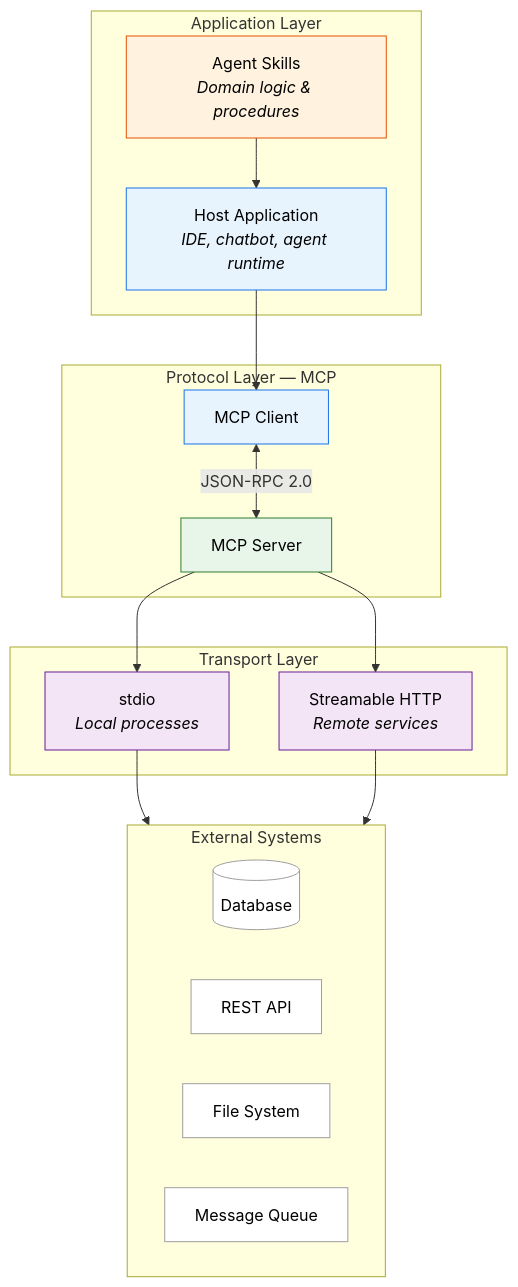
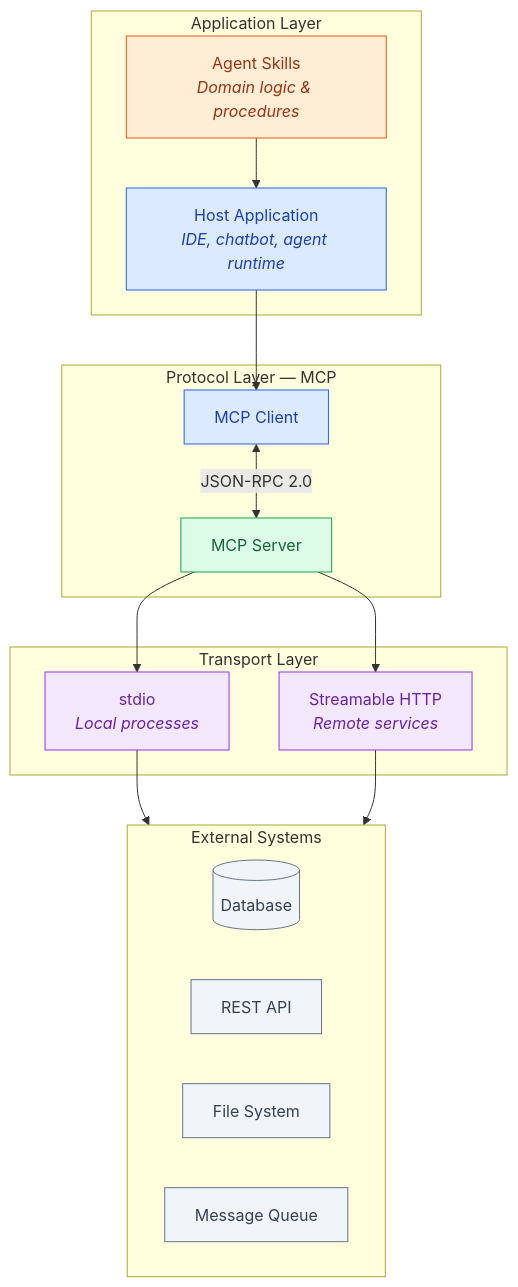
The first of 6 diagrams in hugo-site/content/blog/2026/01/3.mcp-deep-dive.md (raj-champion-trader/rajchampaneriya.github.io), drawn with Mermaid before and after one commit. The commit also changed other lines of this file and 5 other files, not shown here.

First line of the commit message:
Enhance Mermaid Diagrams with Semantic Color Classes and Dark Mode Support

````diff
--- a/hugo-site/content/blog/2026/01/3.mcp-deep-dive.md
+++ b/hugo-site/content/blog/2026/01/3.mcp-deep-dive.md
@@ -23,43 +23,38 @@
 ```mermaid
 graph TB
+    classDef primary fill:#dbeafe,stroke:#2563eb,color:#1e40af
+    classDef secondary fill:#dcfce7,stroke:#16a34a,color:#166534
+    classDef accent fill:#ffedd5,stroke:#ea580c,color:#9a3412
+    classDef highlight fill:#f3e8ff,stroke:#9333ea,color:#6b21a8
+    classDef neutral fill:#f1f5f9,stroke:#64748b,color:#334155
+
     subgraph Application["Application Layer"]
-        Skills["Agent Skills<br/><i>Domain logic & procedures</i>"]
-        Host["Host Application<br/><i>IDE, chatbot, agent runtime</i>"]
+        Skills["Agent Skills<br/><i>Domain logic & procedures</i>"]:::accent
+        Host["Host Application<br/><i>IDE, chatbot, agent runtime</i>"]:::primary
     end
 
     subgraph Protocol["Protocol Layer — MCP"]
-        Client["MCP Client"]
-        Server["MCP Server"]
+        Client["MCP Client"]:::primary
+        Server["MCP Server"]:::secondary
     end
 
     subgraph Transport["Transport Layer"]
-        STDIO["stdio<br/><i>Local processes</i>"]
-        HTTP["Streamable HTTP<br/><i>Remote services</i>"]
+        STDIO["stdio<br/><i>Local processes</i>"]:::highlight
+        HTTP["Streamable HTTP<br/><i>Remote services</i>"]:::highlight
     end
 
     subgraph Systems["External Systems"]
-        DB[("Database")]
-        API["REST API"]
-        FS["File System"]
-        Queue["Message Queue"]
+        DB[("Database")]:::neutral
+        API["REST API"]:::neutral
+        FS["File System"]:::neutral
+        Queue["Message Queue"]:::neutral
     end
 
     Skills --> Host
     Host --> Client
     Client <-->|"JSON-RPC 2.0"| Server
     Server --> STDIO
     Server --> HTTP
     STDIO --> Systems
     HTTP --> Systems
-
-    style Skills fill:#fff3e0,stroke:#e65100,color:#000
-    style Host fill:#e8f4fd,stroke:#1a73e8,color:#000
-    style Client fill:#e8f4fd,stroke:#1a73e8,color:#000
-    style Server fill:#e8f5e9,stroke:#2e7d32,color:#000
-    style STDIO fill:#f3e5f5,stroke:#6a1b9a,color:#000
-    style HTTP fill:#f3e5f5,stroke:#6a1b9a,color:#000
-    style DB fill:#ffffff,stroke:#9e9e9e,color:#000
-    style API fill:#ffffff,stroke:#9e9e9e,color:#000
-    style FS fill:#ffffff,stroke:#9e9e9e,color:#000
-    style Queue fill:#ffffff,stroke:#9e9e9e,color:#000
 ```
````
